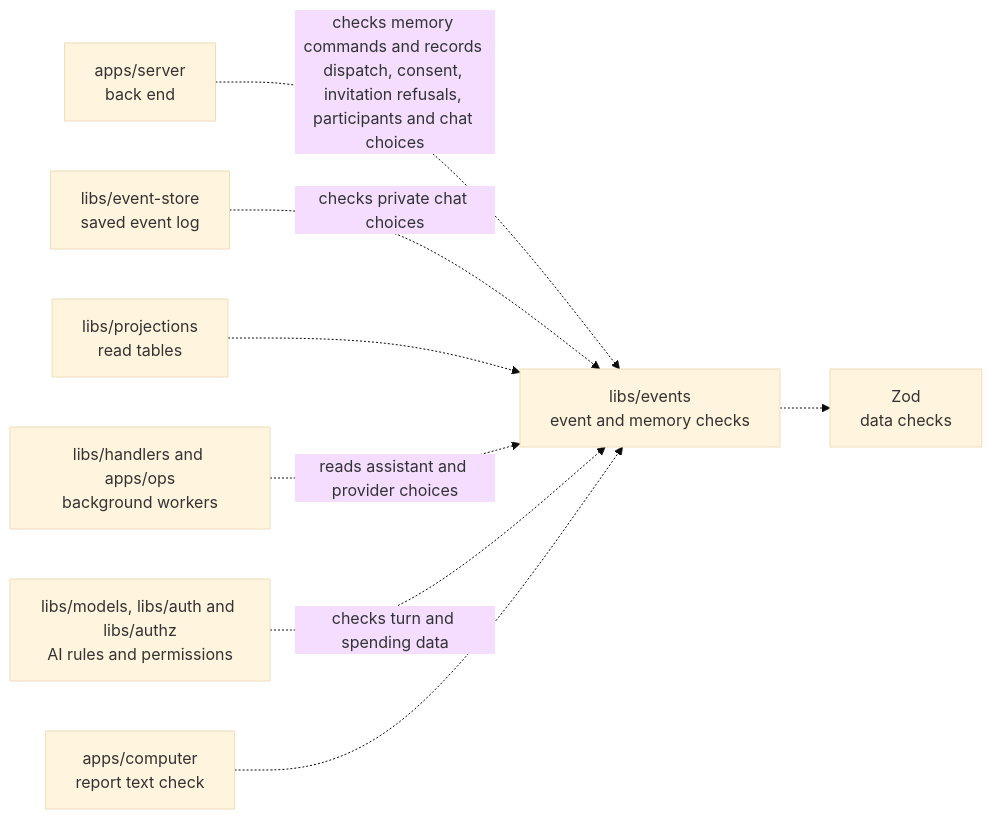
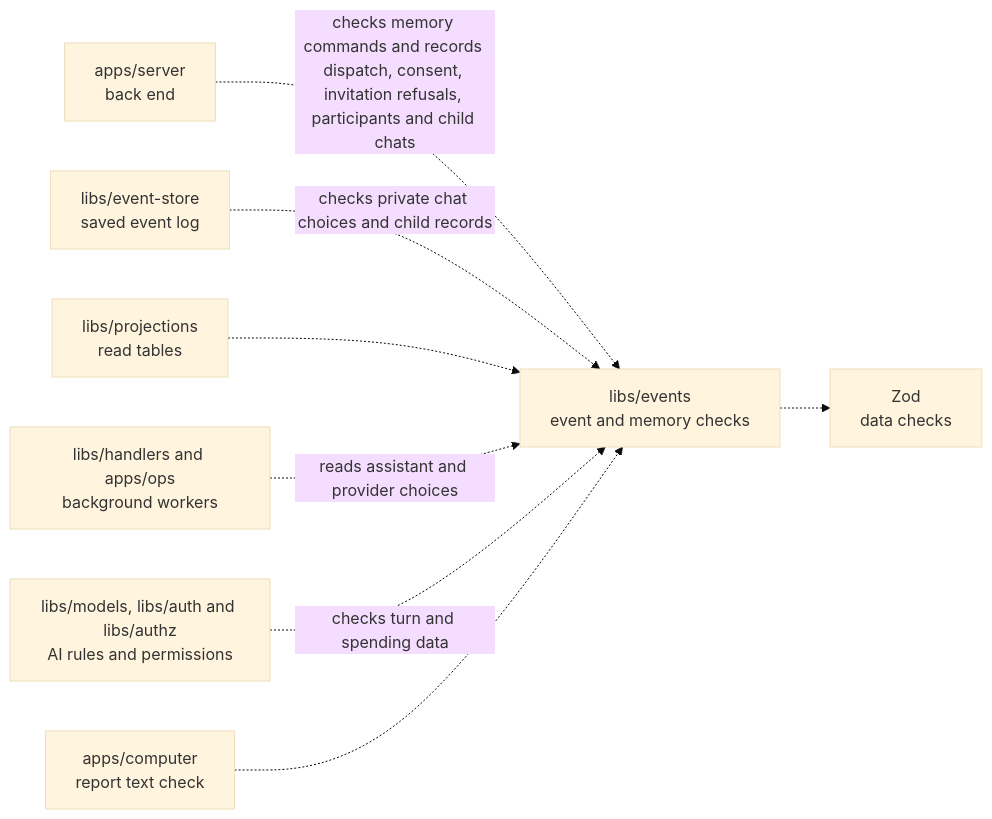
The diagram in libs/events/README.md (elewa-git/opencrane-new), drawn with Mermaid (base theme) before and after one commit. The commit also changed other lines of this file and 24 other files, not shown here.

Commit message:
🌱 Record shared child chats and rebuild their participants

````diff
--- a/libs/events/README.md
+++ b/libs/events/README.md
@@ -23,10 +23,10 @@
 ```mermaid
 flowchart LR
-  server["apps/server<br/>back end"] -.->|checks memory commands and records dispatch, consent, invitation refusals, participants and chat choices| events["libs/events<br/>event and memory checks"]
-  store["libs/event-store<br/>saved event log"] -.->|checks private chat choices| events
+  server["apps/server<br/>back end"] -.->|checks memory commands and records dispatch, consent, invitation refusals, participants and child chats| events["libs/events<br/>event and memory checks"]
+  store["libs/event-store<br/>saved event log"] -.->|checks private chat choices and child records| events
   projections["libs/projections<br/>read tables"] -.-> events
   workers["libs/handlers and apps/ops<br/>background workers"] -.->|reads assistant and provider choices| events
   others["libs/models, libs/auth and libs/authz<br/>AI rules and permissions"] -.->|checks turn and spending data| events
   computer["apps/computer<br/>report text check"] -.-> events
   events -.-> zod["Zod<br/>data checks"]
 ```
````
